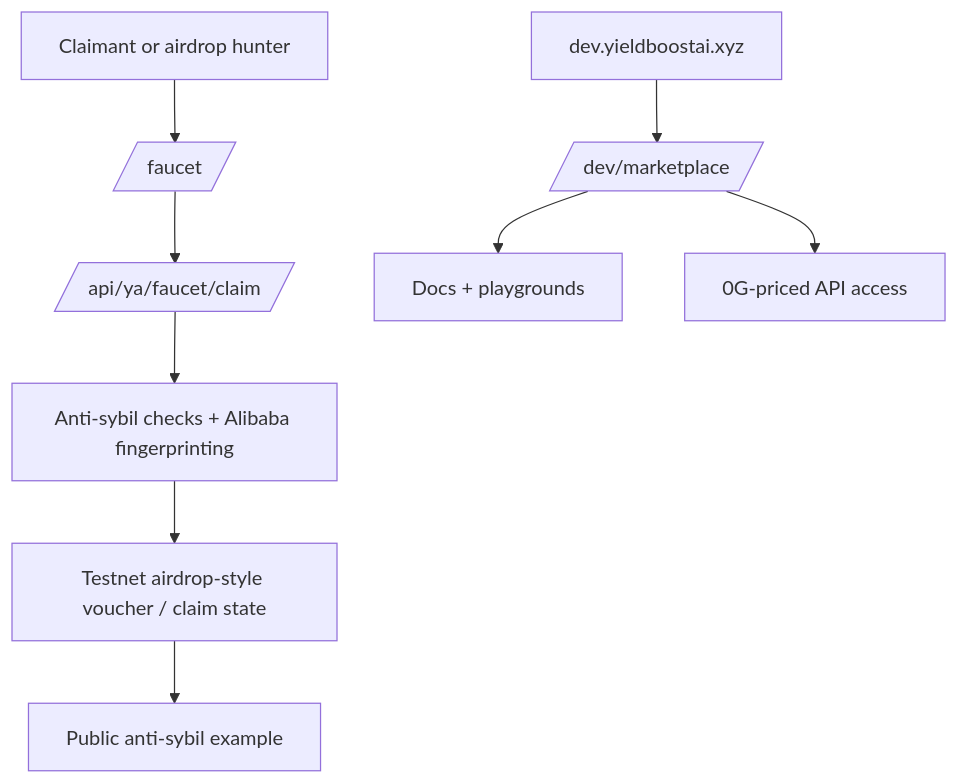
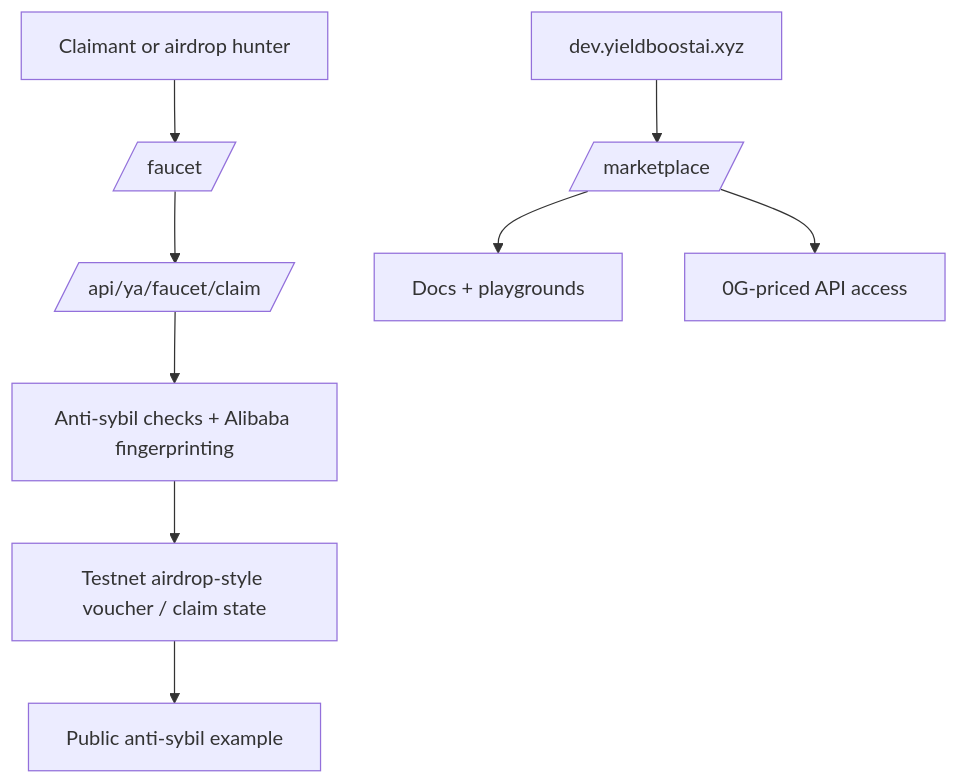
The fifth of 8 diagrams in README.md (clawhubs/yieldboost), drawn with Mermaid before and after one commit. The commit also changed other lines of this file and 11 other files, not shown here.

````diff
--- a/README.md
+++ b/README.md
@@ -508,11 +508,11 @@
 ```mermaid
 flowchart TD
     CLAIMANT[Claimant or airdrop hunter] --> FAUCET[/faucet/]
     FAUCET --> CLAIM[/api/ya/faucet/claim/]
     CLAIM --> ABUSE[Anti-sybil checks + Alibaba fingerprinting]
     ABUSE --> VOUCHER[Testnet airdrop-style voucher / claim state]
     VOUCHER --> EXAMPLE[Public anti-sybil example]
-    DEVPORTAL[dev.yieldboostai.xyz] --> MARKET[/dev/marketplace/]
+    DEVPORTAL[dev.yieldboostai.xyz] --> MARKET[/marketplace/]
     MARKET --> DOCS[Docs + playgrounds]
     MARKET --> APIKEY[0G-priced API access]
 ```
````
